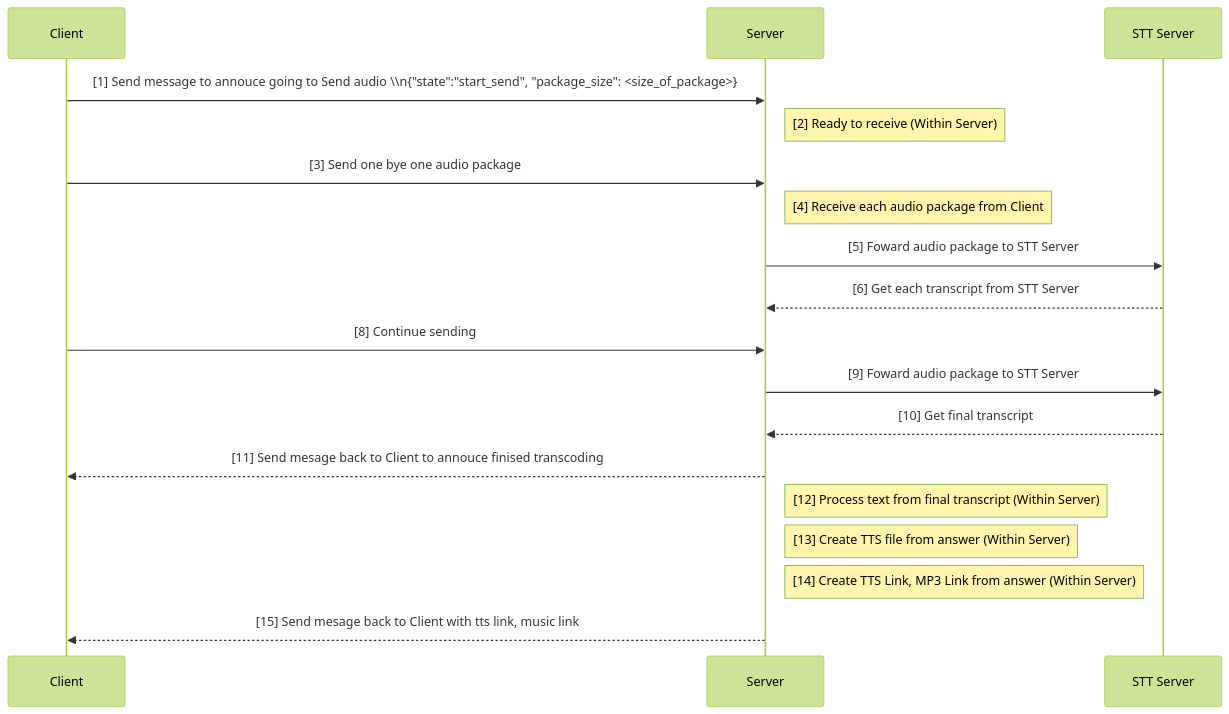
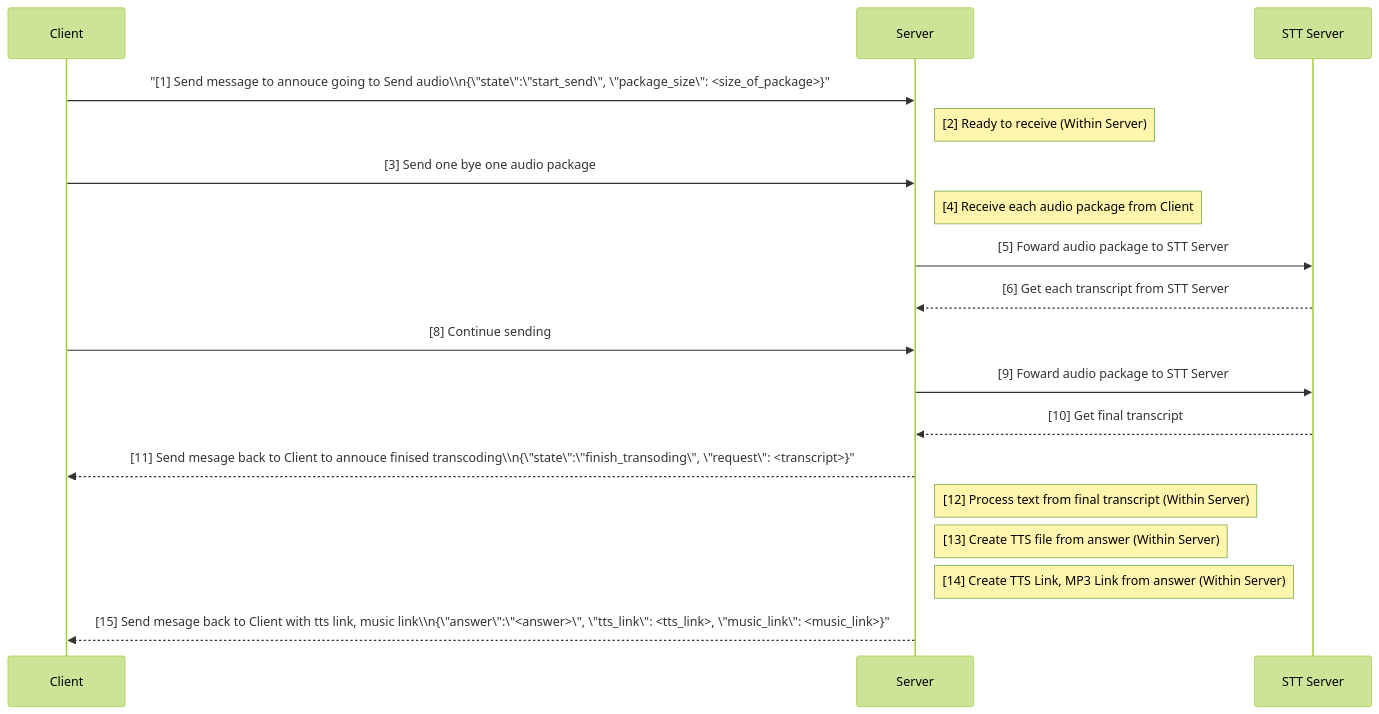
Before and after one commit to phanmemkhoinghiep/vietbot_server: the diagram in README.md, drawn with Mermaid (forest theme).

````diff
--- a/README.md
+++ b/README.md
@@ -3,24 +3,24 @@
 ```mermaid
 sequenceDiagram
     participant Client
     participant Server
     participant STTServer as STT Server
-    Client->>Server: [1] Send message to annouce going to Send audio \\n{"state":"start_send", "package_size": <size_of_package>}
+    Client->>Server: "[1] Send message to annouce going to Send audio\\n{\"state\":\"start_send\", \"package_size\": <size_of_package>}"
     Note right of Server: [2] Ready to receive (Within Server)
     Client->>Server: [3] Send one bye one audio package
     Note right of Server: [4] Receive each audio package from Client
     Server->>STTServer: [5] Foward audio package to STT Server
 
     STTServer-->>Server: [6] Get each transcript from STT Server
 
     Client->>Server: [8] Continue sending
     Server->>STTServer: [9] Foward audio package to STT Server
 
     STTServer-->>Server: [10] Get final transcript
-    Server-->>Client: [11] Send mesage back to Client to annouce finised transcoding
+    Server-->>Client: [11] Send mesage back to Client to annouce finised transcoding\\n{\"state\":\"finish_transoding\", \"request\": <transcript>}"
     Note right of Server: [12] Process text from final transcript (Within Server)
     Note right of Server: [13] Create TTS file from answer (Within Server)
     Note right of Server: [14] Create TTS Link, MP3 Link from answer (Within Server)
 
-    Server-->>Client: [15] Send mesage back to Client with tts link, music link
+    Server-->>Client: [15] Send mesage back to Client with tts link, music link\\n{\"answer\":\"<answer>\", \"tts_link\": <tts_link>, \"music_link\": <music_link>}"
 ```
````
